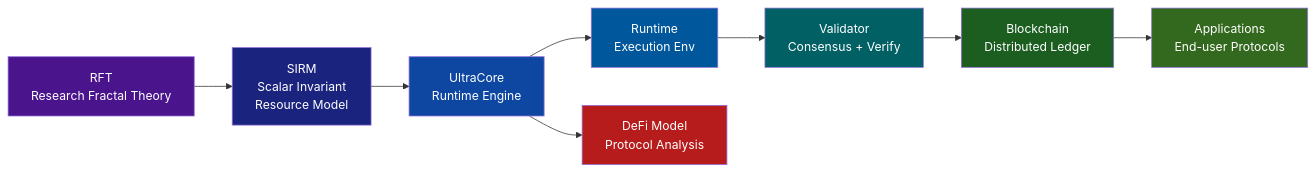
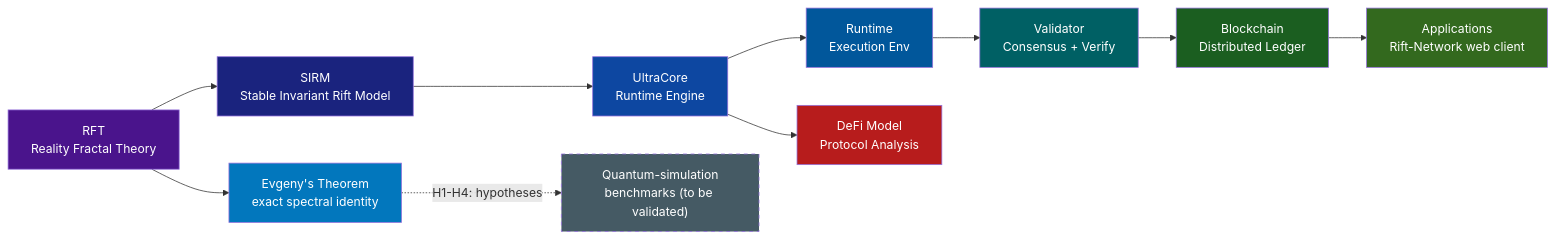
One commit to RFT-SIRM/UltraCore-RFT changed the third of 3 diagrams in PITCH.md. Above: the diagram before and after it, drawn with Mermaid. The commit also changed other lines of this file, not shown here.

Commit message:
docs(pitch): rewrite around Evgeny's Theorem and live Rift-Network devnet; add claims register

````diff
--- a/PITCH.md
+++ b/PITCH.md
@@ -256,27 +349,32 @@
 ```mermaid
 flowchart LR
- RFT["RFT
-Research Fractal Theory"] --> SIRM["SIRM
-Scalar Invariant
-Resource Model"]
- SIRM --> UC["UltraCore
+  RFT["RFT
+Reality Fractal Theory"] --> SIRM["SIRM
+Stable Invariant Rift Model"]
+  RFT --> ET["Evgeny's Theorem
+exact spectral identity"]
+  SIRM --> UC["UltraCore
 Runtime Engine"]
- UC --> RT["Runtime
+  UC --> RT["Runtime
 Execution Env"]
- UC --> DEFI["DeFi Model
+  UC --> DEFI["DeFi Model
 Protocol Analysis"]
- RT --> VAL["Validator
+  RT --> VAL["Validator
 Consensus + Verify"]
- VAL --> BC["Blockchain
+  VAL --> BC["Blockchain
 Distributed Ledger"]
- BC --> APP["Applications
-End-user Protocols"]
- style RFT fill:#4a148c,color:#fff
- style SIRM fill:#1a237e,color:#fff
- style UC fill:#0d47a1,color:#fff
- style RT fill:#01579b,color:#fff
- style VAL fill:#006064,color:#fff
- style BC fill:#1b5e20,color:#fff
- style APP fill:#33691e,color:#fff
- style DEFI fill:#b71c1c,color:#fff
+  BC --> APP["Applications
+Rift-Network web client"]
+  ET -. "H1-H4: hypotheses" .-> QS["Quantum-simulation
+benchmarks (to be validated)"]
+  style RFT fill:#4a148c,color:#fff
+  style SIRM fill:#1a237e,color:#fff
+  style ET fill:#0277bd,color:#fff
+  style UC fill:#0d47a1,color:#fff
+  style RT fill:#01579b,color:#fff
+  style VAL fill:#006064,color:#fff
+  style BC fill:#1b5e20,color:#fff
+  style APP fill:#33691e,color:#fff
+  style DEFI fill:#b71c1c,color:#fff
+  style QS fill:#455a64,color:#fff,stroke-dasharray: 5 5
 ```
````
